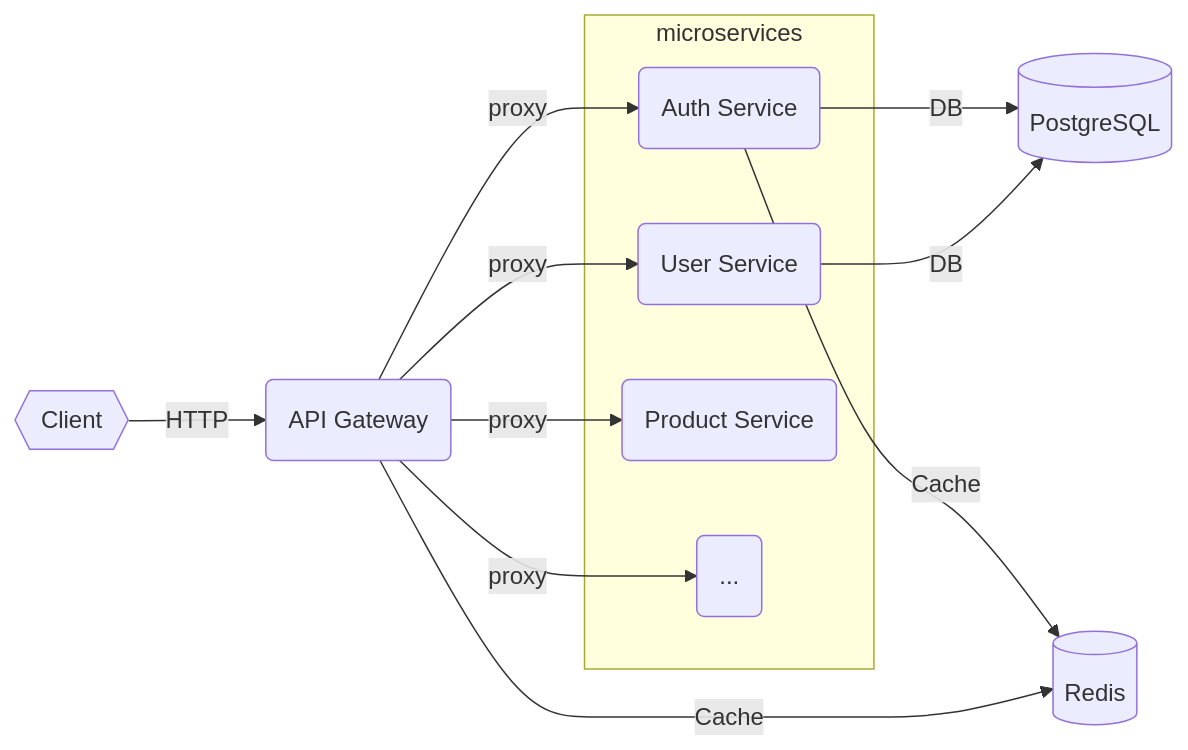
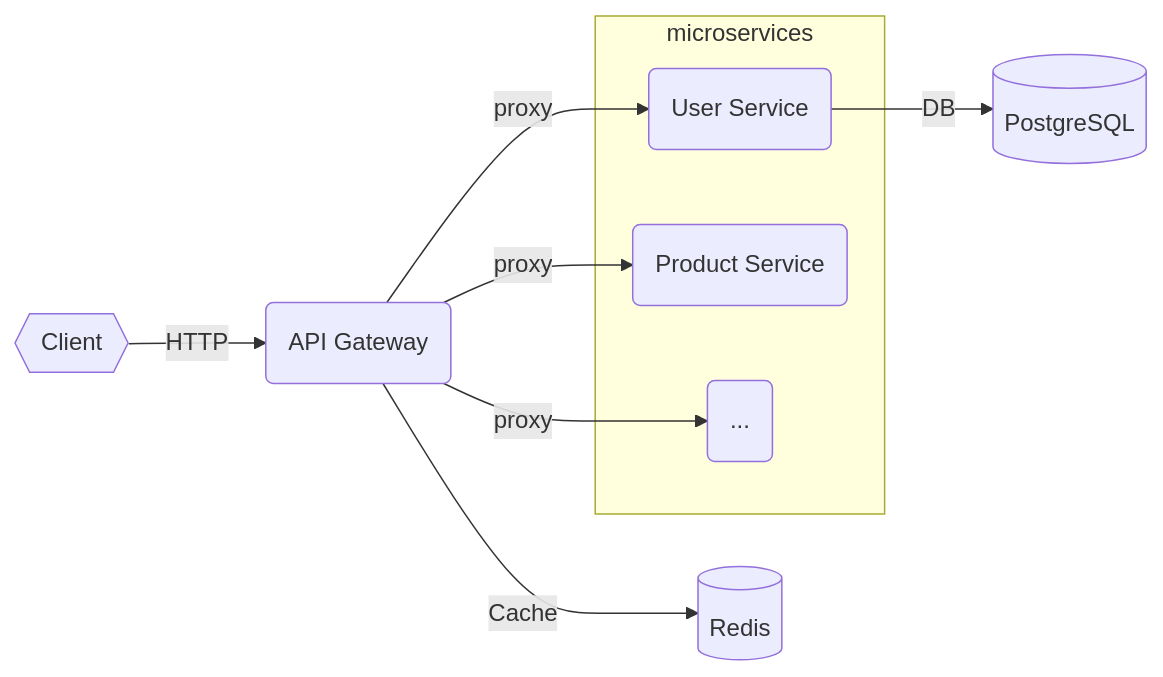
The first of 2 diagrams in README.md (NamPhAm-Work423/Metro-backend), drawn with Mermaid before and after one commit. The commit also changed other lines of this file and 26 other files, not shown here.

````diff
--- a/README.md
+++ b/README.md
@@ -62,18 +62,15 @@
 ```mermaid
 flowchart LR
     browser{{Client}}
     browser --HTTP--> gateway(API Gateway)
     subgraph microservices
-        auth(Auth Service)
         user(User Service)
         product(Product Service)
         etCetera(...)
     end
-    gateway --proxy--> auth & user & product & etCetera
+    gateway --proxy--> user & product & etCetera
     postgres[(PostgreSQL)]
     redis[(Redis)]
-    auth -- DB --> postgres
     user -- DB --> postgres
-    auth -- Cache --> redis
     gateway -- Cache --> redis
 ```
````
